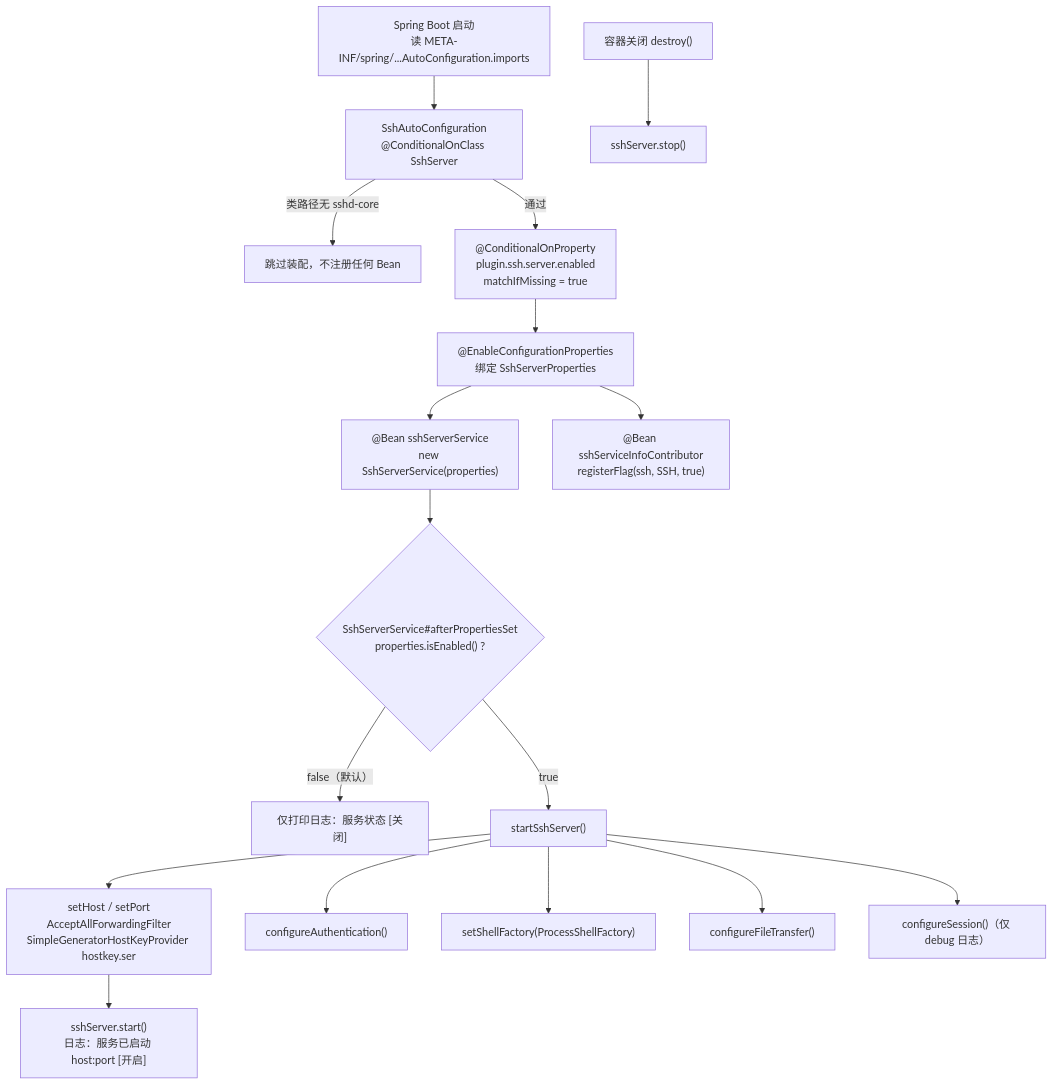
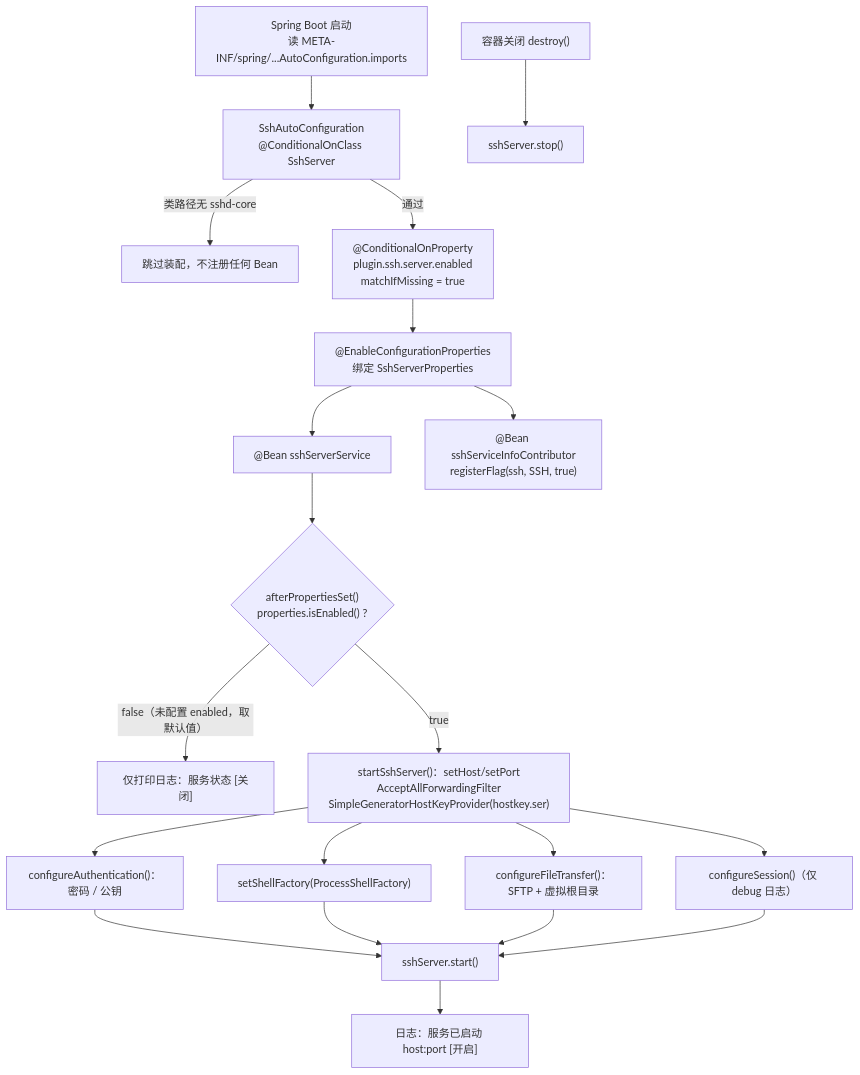
The second of 2 diagrams in spring-support-ssh-starter/README.md (CHTK001/spring-support-parent-starter), drawn with Mermaid before and after one commit. The commit also changed other lines of this file and 54 other files, not shown here.

````diff
--- a/spring-support-ssh-starter/README.md
+++ b/spring-support-ssh-starter/README.md
@@ -54,19 +48,22 @@
 ```mermaid
 flowchart TD
     A["Spring Boot 启动<br/>读 META-INF/spring/...AutoConfiguration.imports"] --> B["SshAutoConfiguration<br/>@ConditionalOnClass SshServer"]
     B -->|"类路径无 sshd-core"| Z["跳过装配，不注册任何 Bean"]
     B -->|"通过"| C["@ConditionalOnProperty<br/>plugin.ssh.server.enabled<br/>matchIfMissing = true"]
     C --> D["@EnableConfigurationProperties<br/>绑定 SshServerProperties"]
-    D --> E["@Bean sshServerService<br/>new SshServerService(properties)"]
+    D --> E["@Bean sshServerService"]
     D --> F["@Bean sshServiceInfoContributor<br/>registerFlag(ssh, SSH, true)"]
-    E --> G{"SshServerService#afterPropertiesSet<br/>properties.isEnabled() ?"}
-    G -->|"false（默认）"| H["仅打印日志：服务状态 [关闭]"]
-    G -->|"true"| I["startSshServer()"]
-    I --> J["setHost / setPort<br/>AcceptAllForwardingFilter<br/>SimpleGeneratorHostKeyProvider hostkey.ser"]
-    I --> K["configureAuthentication()"]
-    I --> L["setShellFactory(ProcessShellFactory)"]
-    I --> M["configureFileTransfer()"]
-    I --> N["configureSession()（仅 debug 日志）"]
-    J --> O["sshServer.start()<br/>日志：服务已启动 host:port [开启]"]
+    E --> G{"afterPropertiesSet()<br/>properties.isEnabled() ?"}
+    G -->|"false（未配置 enabled，取默认值）"| H["仅打印日志：服务状态 [关闭]"]
+    G -->|"true"| I["startSshServer()：setHost/setPort<br/>AcceptAllForwardingFilter<br/>SimpleGeneratorHostKeyProvider(hostkey.ser)"]
+    I --> J["configureAuthentication()：密码 / 公钥"]
+    I --> K["setShellFactory(ProcessShellFactory)"]
+    I --> L["configureFileTransfer()：SFTP + 虚拟根目录"]
+    I --> M["configureSession()（仅 debug 日志）"]
+    J --> N["sshServer.start()"]
+    K --> N
+    L --> N
+    M --> N
+    N --> O["日志：服务已启动 host:port [开启]"]
     P["容器关闭 destroy()"] --> Q["sshServer.stop()"]
 ```
````
